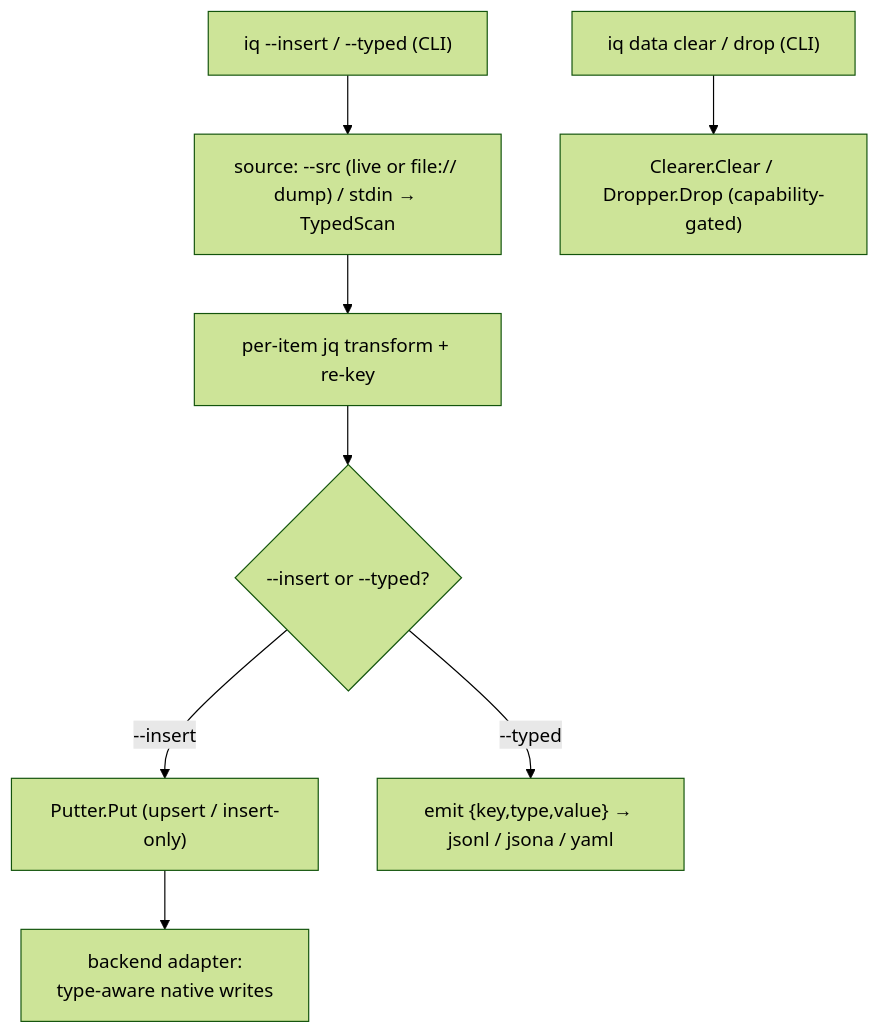
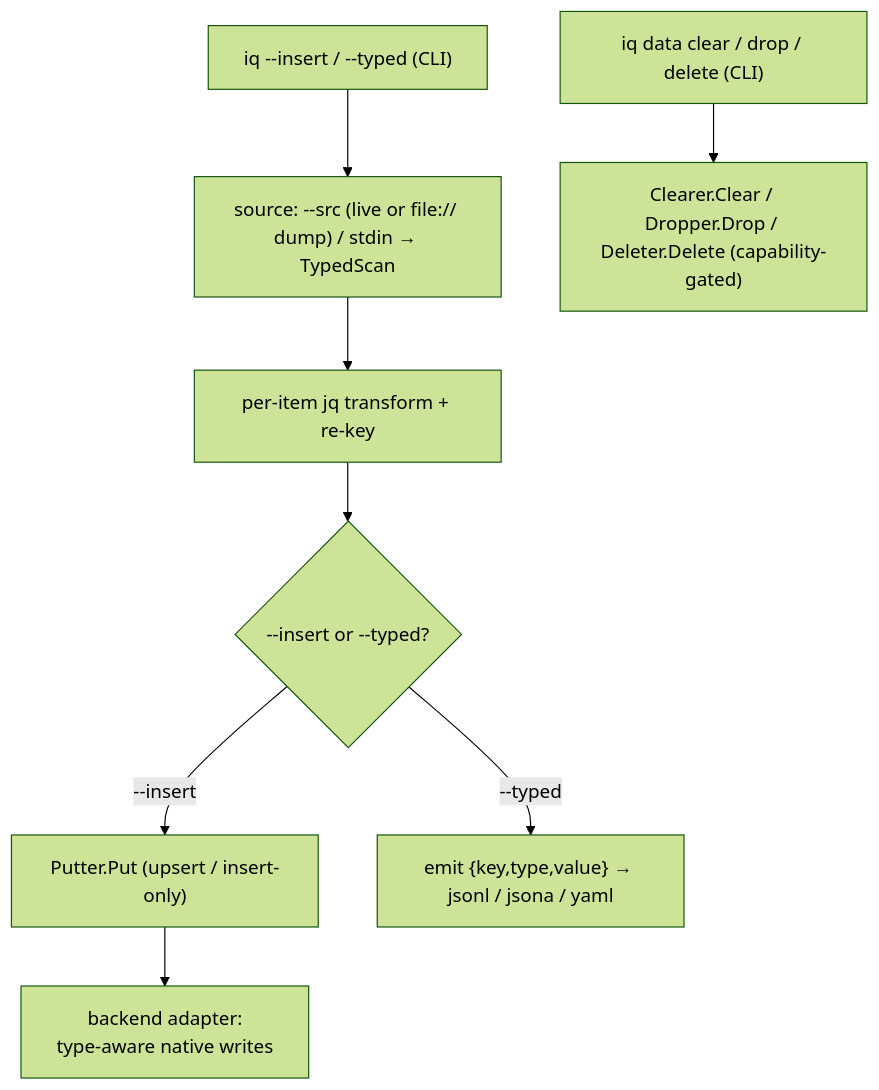
One commit to zsltg/iq changed the second of 2 diagrams in README.md. Above: the diagram before and after it, drawn with Mermaid (forest theme). The commit also changed other lines of this file and 41 other files, not shown here.

First line of the commit message:
feat(query): add the typed Deleter port and iq data delete

````diff
--- a/README.md
+++ b/README.md
@@ -1440,10 +1452,10 @@
 ```mermaid
 graph TD
   MV["iq --insert / --typed (CLI)"] --> MSRC["source: --src (live or file:// dump) / stdin → TypedScan"]
   MSRC --> TX["per-item jq transform + re-key"]
   TX --> DST{"--insert or --typed?"}
   DST -->|--insert| PUT["Putter.Put (upsert / insert-only)"]
   DST -->|--typed| ENC["emit {key,type,value} → jsonl / jsona / yaml"]
   PUT --> BW["backend adapter:<br/>type-aware native writes"]
-  LF["iq data clear / drop (CLI)"] --> CAP["Clearer.Clear / Dropper.Drop (capability-gated)"]
+  LF["iq data clear / drop / delete (CLI)"] --> CAP["Clearer.Clear / Dropper.Drop / Deleter.Delete (capability-gated)"]
 ```
````
